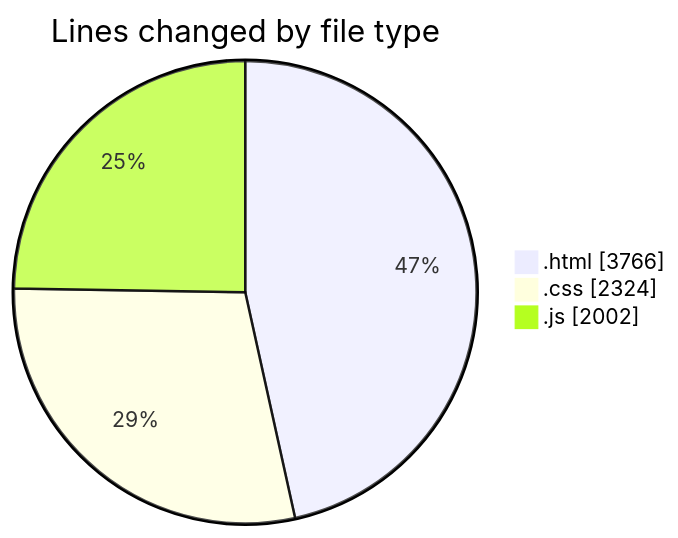
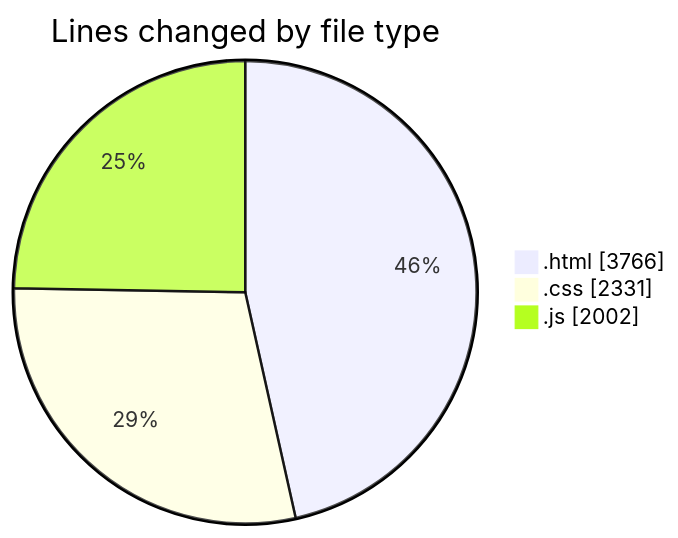
The first of 2 diagrams in 2025-05-24/projects/README.md (Ritupan-Deka/code-tracking), drawn with Mermaid before and after one commit. The commit also changed other lines of this file and 1 other file, not shown here.

````diff
--- a/2025-05-24/projects/README.md
+++ b/2025-05-24/projects/README.md
@@ -25,7 +25,7 @@
 ```mermaid
 pie showData
 title Lines changed by file type
 ".html" : 3766
-".css" : 2324
+".css" : 2331
 ".js" : 2002
 ```
````
